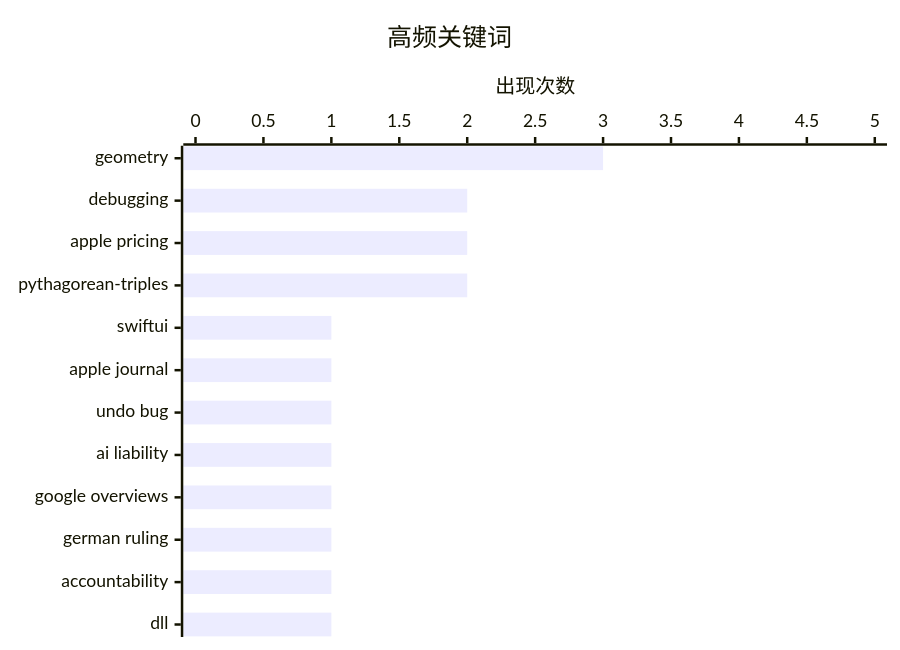
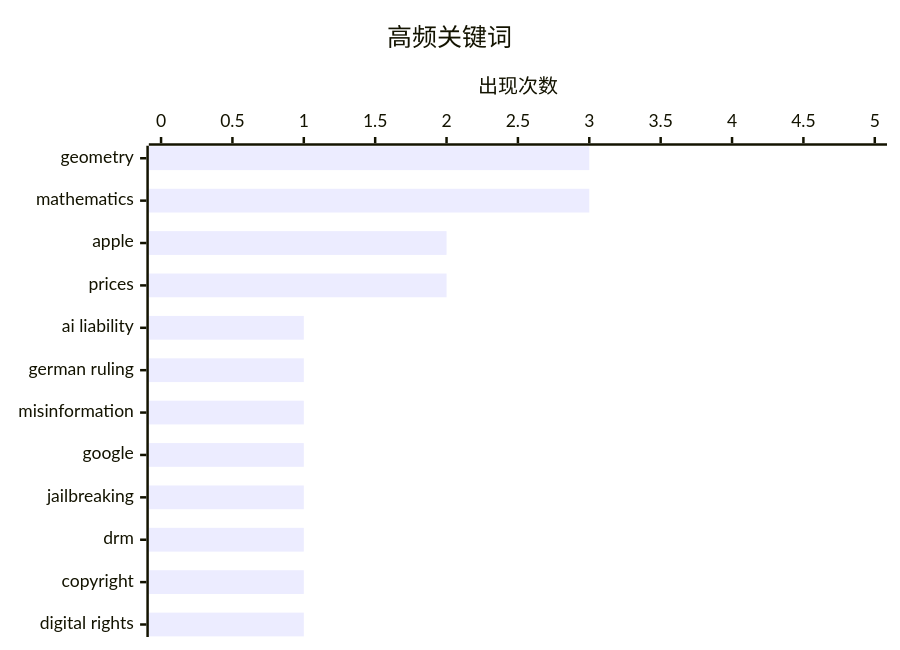
One commit to SamhooXee/aidigest changed the second of 2 diagrams in content/digest_2026-06-26.md. Above: the diagram before and after it, drawn with Mermaid. The commit also changed other lines of this file, not shown here.

````diff
--- a/content/digest_2026-06-26.md
+++ b/content/digest_2026-06-26.md
@@ -66,7 +66,7 @@
 ```mermaid
 xychart-beta horizontal
     title "高频关键词"
-    x-axis ["geometry", "debugging", "apple pricing", "pythagorean-triples", "swiftui", "apple journal", "undo bug", "ai liability", "google overviews", "german ruling", "accountability", "dll"]
+    x-axis ["geometry", "mathematics", "apple", "prices", "ai liability", "german ruling", "misinformation", "google", "jailbreaking", "drm", "copyright", "digital rights"]
     y-axis "出现次数" 0 --> 5
-    bar [3, 2, 2, 2, 1, 1, 1, 1, 1, 1, 1, 1]
+    bar [3, 3, 2, 2, 1, 1, 1, 1, 1, 1, 1, 1]
 ```
````
